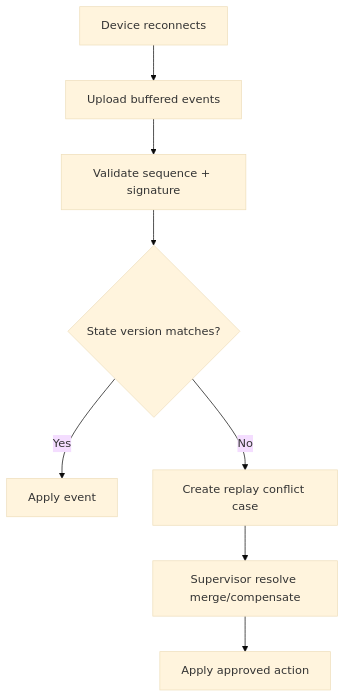
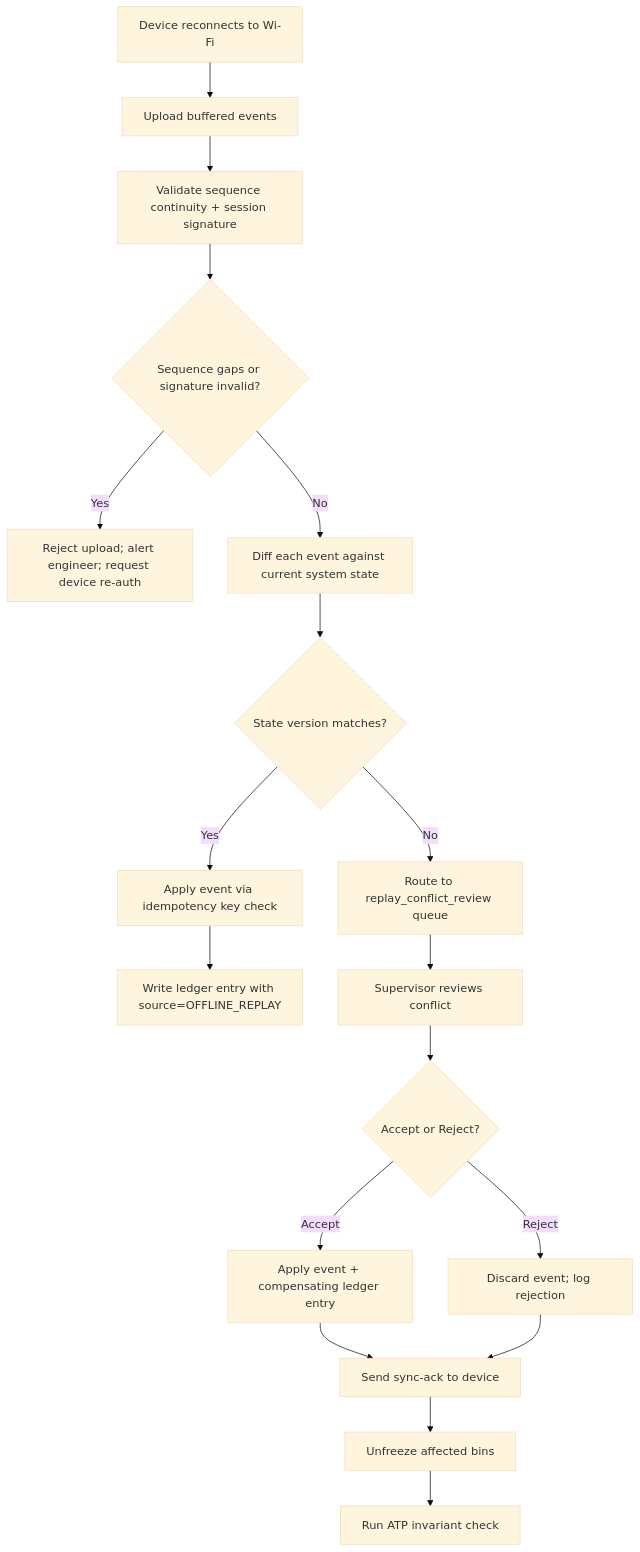
Before and after one commit to 0Ankit0/Project-Ideas: the diagram in Warehouse Management System/edge-cases/offline-scanner-sync.md, drawn with Mermaid (base theme). The commit also changed other lines of this file and 30 other files, not shown here.

````diff
--- a/Warehouse Management System/edge-cases/offline-scanner-sync.md
+++ b/Warehouse Management System/edge-cases/offline-scanner-sync.md
@@ -12,10 +63,20 @@
 ```mermaid
 flowchart TD
-    A[Device reconnects] --> B[Upload buffered events]
-    B --> C[Validate sequence + signature]
-    C --> D{State version matches?}
-    D -- Yes --> E[Apply event]
-    D -- No --> F[Create replay conflict case]
-    F --> G[Supervisor resolve merge/compensate]
-    G --> H[Apply approved action]
+    A[Device reconnects to Wi-Fi] --> B[Upload buffered events]
+    B --> C[Validate sequence continuity + session signature]
+    C --> D{Sequence gaps or signature invalid?}
+    D -- Yes --> E[Reject upload; alert engineer; request device re-auth]
+    D -- No --> F[Diff each event against current system state]
+    F --> G{State version matches?}
+    G -- Yes --> H[Apply event via idempotency key check]
+    G -- No --> I[Route to replay_conflict_review queue]
+    H --> J[Write ledger entry with source=OFFLINE_REPLAY]
+    I --> K[Supervisor reviews conflict]
+    K --> L{Accept or Reject?}
+    L -- Accept --> M[Apply event + compensating ledger entry]
+    L -- Reject --> N[Discard event; log rejection]
+    M --> O[Send sync-ack to device]
+    N --> O
+    O --> P[Unfreeze affected bins]
+    P --> Q[Run ATP invariant check]
 ```
````
